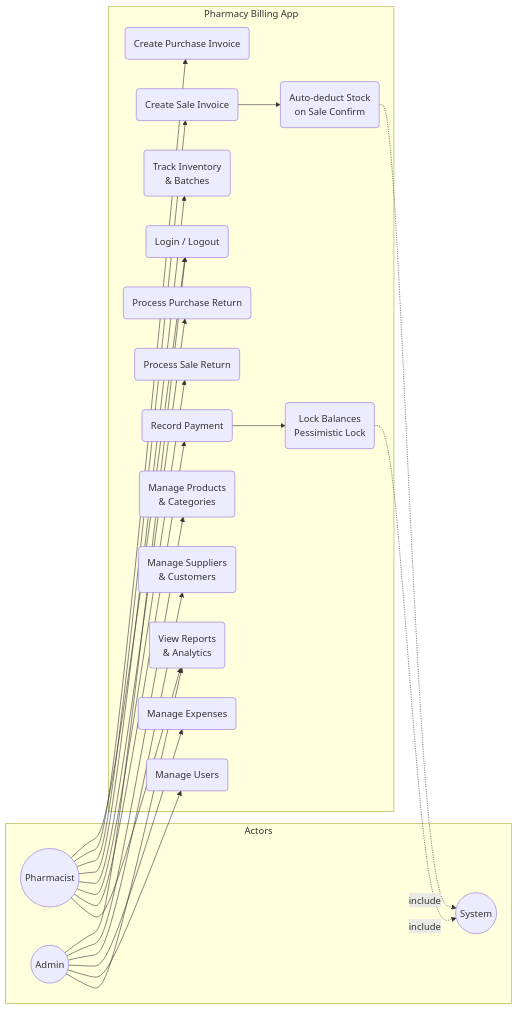
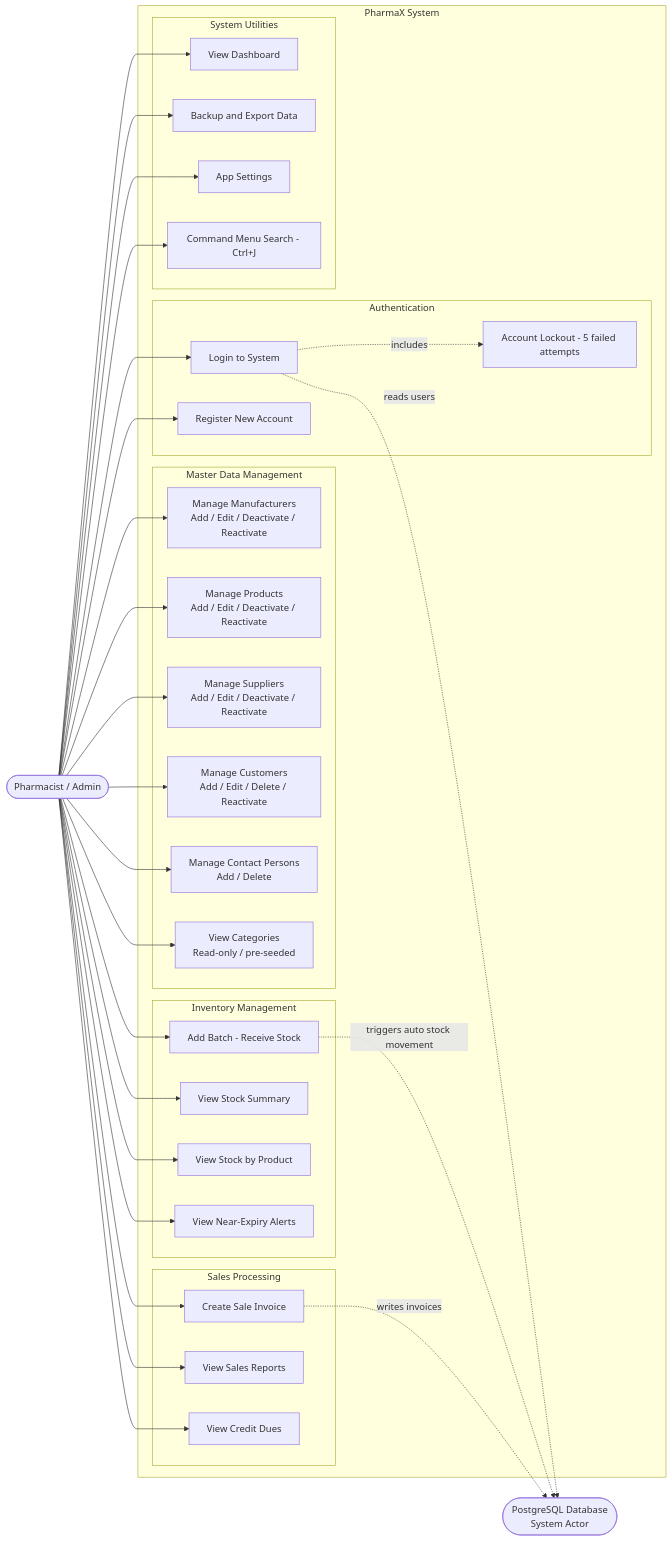
The ninth of 13 diagrams in UML_Diagrams_V1.md (M-Abdullah07/Pharmacy-Billing-App), drawn with Mermaid before and after one commit. The commit also changed other lines of this file, not shown here.

````diff
--- a/UML_Diagrams_V1.md
+++ b/UML_Diagrams_V1.md
@@ -290,46 +293,67 @@
 ```mermaid
 graph LR
-    subgraph Actors
-        PH((Pharmacist))
-        ADM((Admin))
-        SYS((System))
+    ADM(["Pharmacist / Admin"])
+    SYS_DB(["PostgreSQL Database\nSystem Actor"])
+
+    subgraph PharmaX["PharmaX System"]
+        subgraph Auth["Authentication"]
+            UC1["Login to System"]
+            UC2["Register New Account"]
+            UC3["Account Lockout - 5 failed attempts"]
+        end
+
+        subgraph MasterData["Master Data Management"]
+            UC4["Manage Manufacturers\nAdd / Edit / Deactivate / Reactivate"]
+            UC5["Manage Products\nAdd / Edit / Deactivate / Reactivate"]
+            UC6["Manage Suppliers\nAdd / Edit / Deactivate / Reactivate"]
+            UC7["Manage Customers\nAdd / Edit / Delete / Reactivate"]
+            UC8["Manage Contact Persons\nAdd / Delete"]
+            UC9["View Categories\nRead-only / pre-seeded"]
+        end
+
+        subgraph Inventory["Inventory Management"]
+            UC10["Add Batch - Receive Stock"]
+            UC11["View Stock Summary"]
+            UC12["View Stock by Product"]
+            UC13["View Near-Expiry Alerts"]
+        end
+
+        subgraph Sales["Sales Processing"]
+            UC14["Create Sale Invoice"]
+            UC15["View Sales Reports"]
+            UC16["View Credit Dues"]
+        end
+
+        subgraph System["System Utilities"]
+            UC17["View Dashboard"]
+            UC18["Backup and Export Data"]
+            UC19["App Settings"]
+            UC20["Command Menu Search - Ctrl+J"]
+        end
     end
-
-    subgraph "Pharmacy Billing App"
-        UC1(Login / Logout)
-        UC2(Manage Products\n& Categories)
-        UC3(Manage Suppliers\n& Customers)
-        UC4(Create Purchase Invoice)
-        UC5(Create Sale Invoice)
-        UC6(Track Inventory\n& Batches)
-        UC7(Process Purchase Return)
-        UC8(Process Sale Return)
-        UC9(Record Payment)
-        UC10(Manage Expenses)
-        UC11(View Reports\n& Analytics)
-        UC12(Manage Users)
-        UC13(Auto-deduct Stock\non Sale Confirm)
-        UC14(Lock Balances\nPessimistic Lock)
-    end
-
-    PH --> UC1
-    PH --> UC4
-    PH --> UC5
-    PH --> UC6
-    PH --> UC7
-    PH --> UC8
-    PH --> UC9
-    PH --> UC11
 
     ADM --> UC1
     ADM --> UC2
-    ADM --> UC3
+    UC1 -.->|"includes"| UC3
+    ADM --> UC4
+    ADM --> UC5
+    ADM --> UC6
+    ADM --> UC7
+    ADM --> UC8
+    ADM --> UC9
     ADM --> UC10
+    ADM --> UC11
     ADM --> UC12
-    ADM --> UC11
+    ADM --> UC13
+    ADM --> UC14
+    ADM --> UC15
+    ADM --> UC16
+    ADM --> UC17
+    ADM --> UC18
+    ADM --> UC19
+    ADM --> UC20
 
-    UC5 --> UC13
-    UC13 -.->|include| SYS
-    UC9 --> UC14
-    UC14 -.->|include| SYS
+    UC10 -.->|"triggers auto stock movement"| SYS_DB
+    UC14 -.->|"writes invoices"| SYS_DB
+    UC1 -.->|"reads users"| SYS_DB
 ```
````
